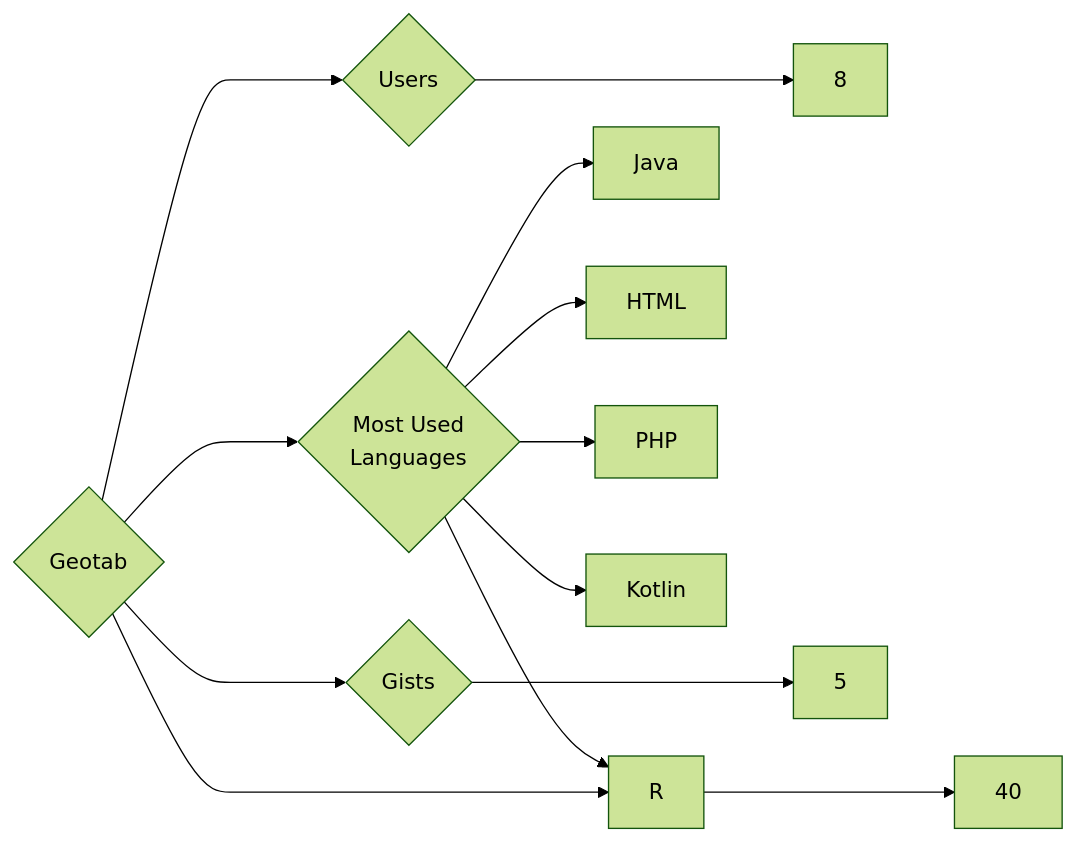
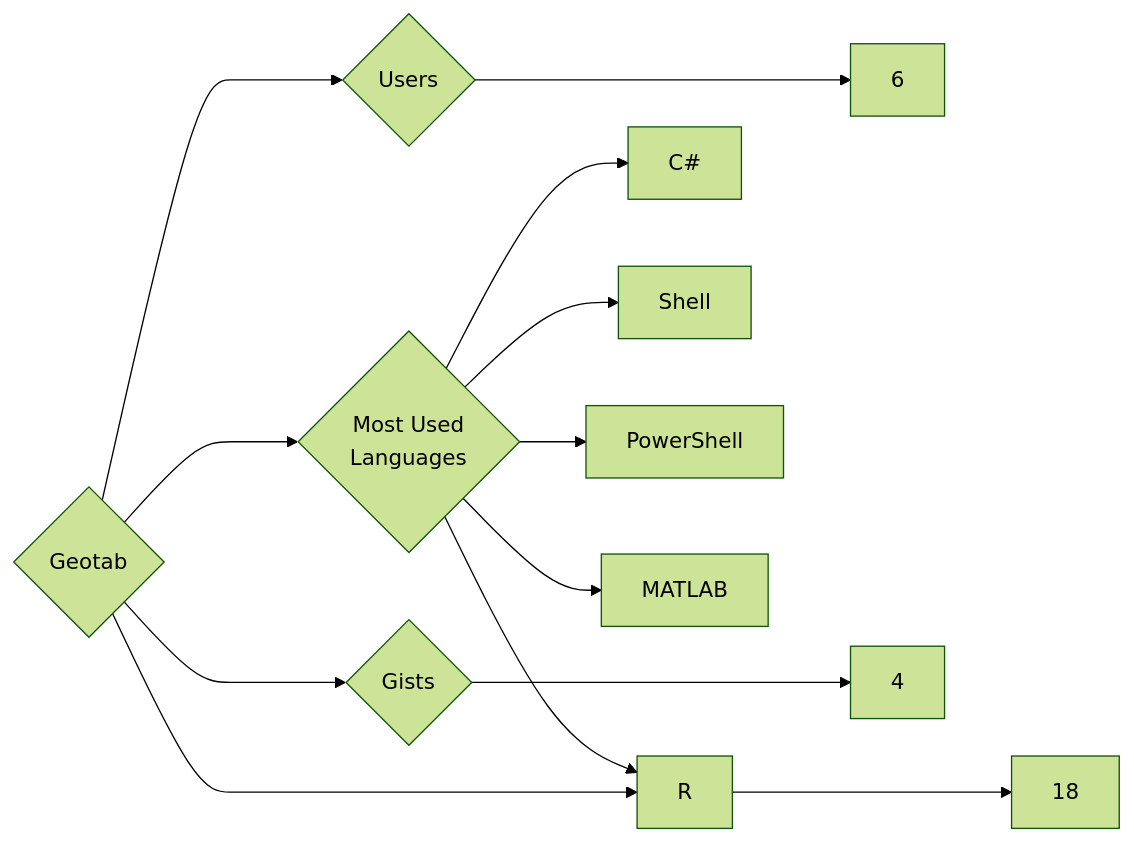
The diagram in targets/Geotab/README.md (trickest/insiders), drawn with Mermaid (forest theme) before and after one commit. The commit also changed 1084 other files, not shown here.

````diff
--- a/targets/Geotab/README.md
+++ b/targets/Geotab/README.md
@@ -3,13 +3,13 @@
 ```mermaid
 graph LR
 COMPANY_NAME{Geotab}
-COMPANY_NAME ---> U{Users} ---> UN[8]
-COMPANY_NAME ---> R{Repositories} ---> RN[40]
-COMPANY_NAME ---> G{Gists} ---> GN[5]
+COMPANY_NAME ---> U{Users} ---> UN[6]
+COMPANY_NAME ---> R{Repositories} ---> RN[18]
+COMPANY_NAME ---> G{Gists} ---> GN[4]
 COMPANY_NAME ---> ML{Most Used<br>Languages}
-ML --> Java[Java]
-ML --> HTML[HTML]
+ML --> C#[C#]
 ML --> R[R]
-ML --> PHP[PHP]
-ML --> Kotlin[Kotlin]
+ML --> Shell[Shell]
+ML --> PowerShell[PowerShell]
+ML --> MATLAB[MATLAB]
 ```
````
